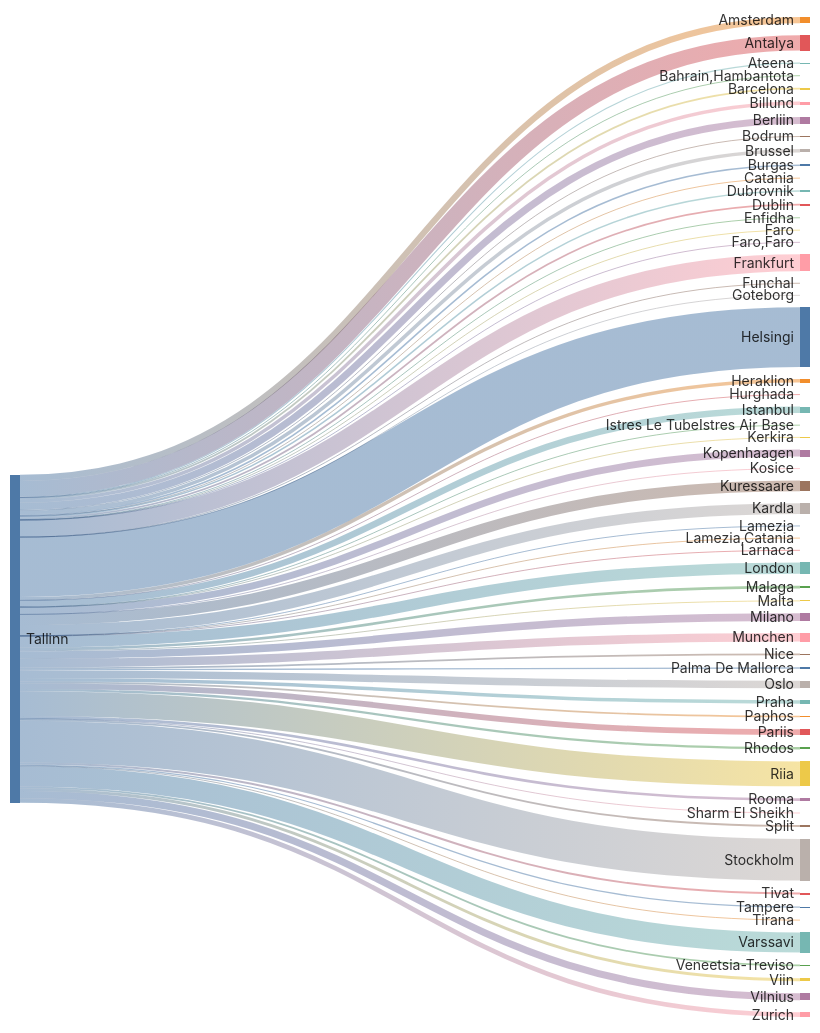
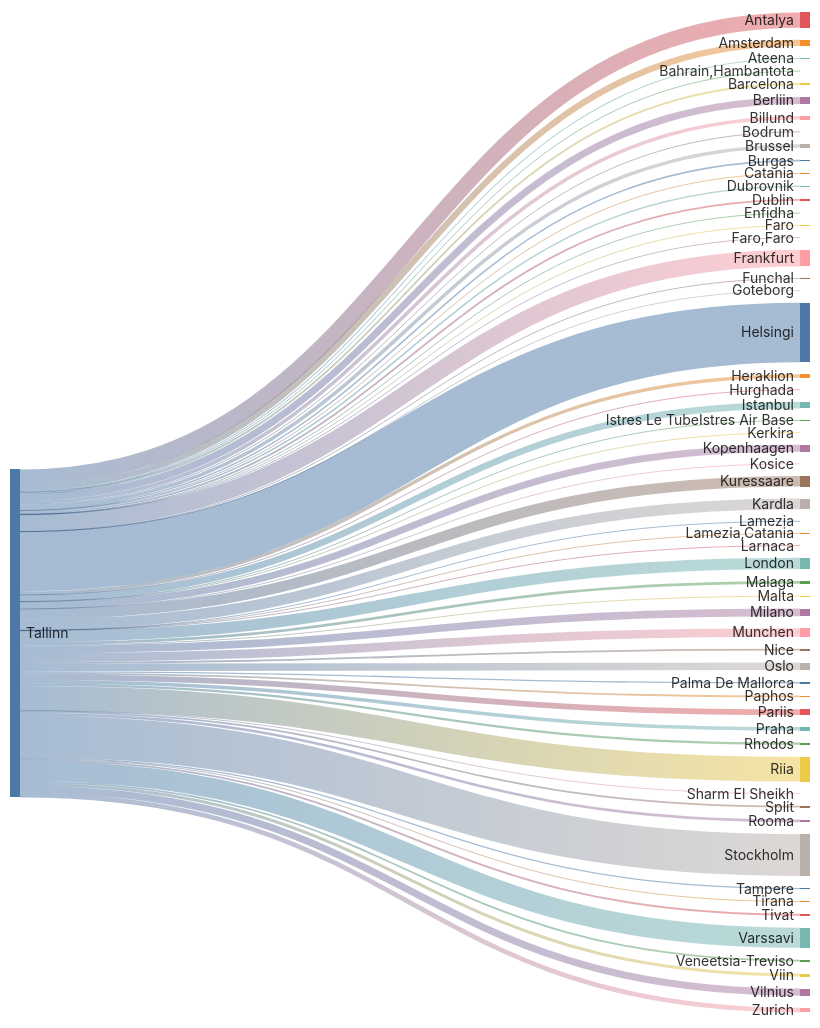
Before and after one commit to rainermesi/tll-airport-departures: the second of 2 diagrams in README.md, drawn with Mermaid. The commit also changed other lines of this file, not shown here.

````diff
--- a/README.md
+++ b/README.md
@@ -34,70 +34,70 @@
 ```mermaid
 ---
 config:
   sankey:
     showValues: false
     width: 800
     height: 1000
 ---
 sankey-beta
 %% source,target,value
-Tallinn,Amsterdam,83
-Tallinn,Antalya,207
+Tallinn,Amsterdam,84
+Tallinn,Antalya,209
 Tallinn,Ateena,14
 Tallinn,"Bahrain,Hambantota",1
-Tallinn,Barcelona,24
-Tallinn,Berliin,95
-Tallinn,Billund,47
+Tallinn,Barcelona,25
+Tallinn,Berliin,96
+Tallinn,Billund,48
 Tallinn,Bodrum,11
 Tallinn,Brussel,48
 Tallinn,Burgas,21
 Tallinn,Catania,2
 Tallinn,Dublin,24
 Tallinn,Dubrovnik,21
 Tallinn,Enfidha,6
 Tallinn,Faro,4
 Tallinn,"Faro,Faro",1
-Tallinn,Frankfurt,226
+Tallinn,Frankfurt,229
 Tallinn,Funchal,1
 Tallinn,Goteborg,1
-Tallinn,Helsingi,802
+Tallinn,Helsingi,812
 Tallinn,Heraklion,46
 Tallinn,Hurghada,1
-Tallinn,Istanbul,87
+Tallinn,Istanbul,89
 Tallinn,Istres Le TubeIstres Air Base,2
 Tallinn,Kerkira,4
-Tallinn,Kopenhaagen,94
+Tallinn,Kopenhaagen,95
 Tallinn,Kosice,1
-Tallinn,Kuressaare,143
-Tallinn,Kardla,143
+Tallinn,Kuressaare,145
+Tallinn,Kardla,145
 Tallinn,Lamezia,1
 Tallinn,"Lamezia,Catania",3
 Tallinn,Larnaca,3
-Tallinn,London,153
-Tallinn,Malaga,35
+Tallinn,London,154
+Tallinn,Malaga,36
 Tallinn,Malta,12
-Tallinn,Milano,102
-Tallinn,Munchen,116
+Tallinn,Milano,103
+Tallinn,Munchen,118
 Tallinn,Nice,24
-Tallinn,Oslo,100
-Tallinn,Palma De Mallorca,18
-Tallinn,Paphos,23
-Tallinn,Pariis,77
-Tallinn,Praha,47
+Tallinn,Oslo,102
+Tallinn,Palma De Mallorca,19
+Tallinn,Paphos,24
+Tallinn,Pariis,78
+Tallinn,Praha,48
 Tallinn,Rhodos,31
-Tallinn,Riia,333
+Tallinn,Riia,337
 Tallinn,Rooma,36
 Tallinn,Sharm El Sheikh,3
 Tallinn,Split,24
-Tallinn,Stockholm,560
+Tallinn,Stockholm,568
 Tallinn,Tampere,17
 Tallinn,Tirana,8
 Tallinn,Tivat,26
-Tallinn,Varssavi,270
+Tallinn,Varssavi,273
 Tallinn,Veneetsia-Treviso,24
-Tallinn,Viin,39
-Tallinn,Vilnius,95
-Tallinn,Zurich,63
+Tallinn,Viin,40
+Tallinn,Vilnius,97
+Tallinn,Zurich,64
 
 
 ```
````
